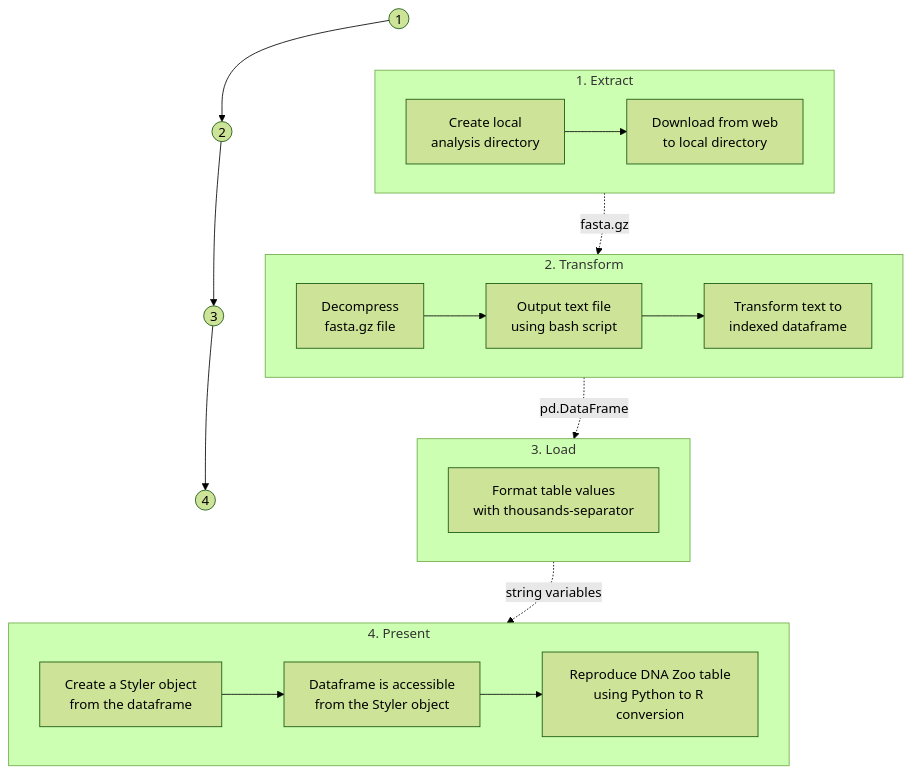
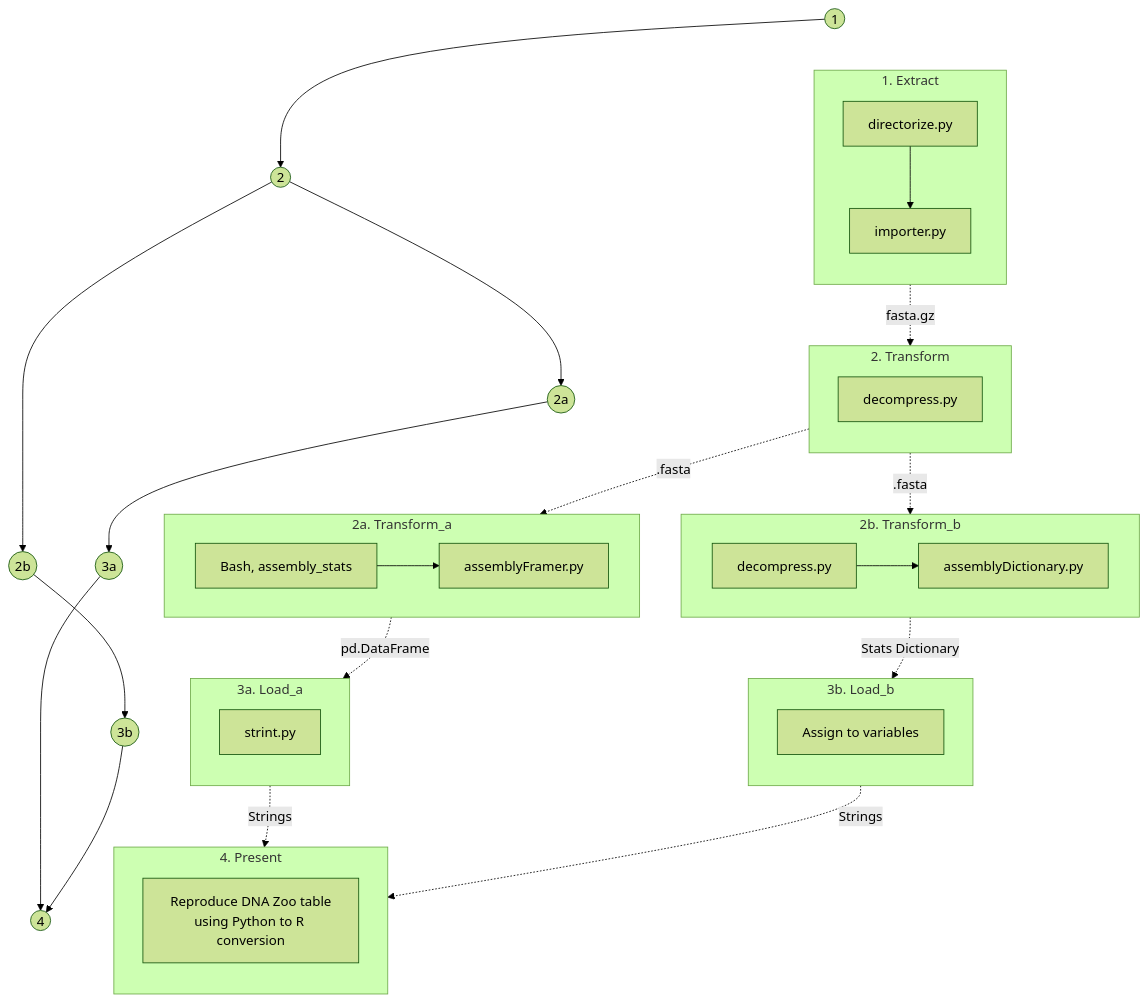
The diagram in index.qmd (ericMossotti/Cicada_Data), drawn with Mermaid (forest theme) before and after one commit. The commit also changed other lines of this file, not shown here.

Commit message:
Add favicon; fix and update mermaid diagram

````diff
--- a/index.qmd
+++ b/index.qmd
@@ -79,38 +92,60 @@
 ```{mermaid}
 %%| code-fold: true
 %%| code-summary: Create a Mermaid diagram from code.
 
 flowchart TB
     A((1)):::circle --> B((2)):::circle
-    B --> C((3)):::circle
-    C --> D((4)):::circle
+    B --> C((2a)):::circle
+    B --> D((2b)):::circle
+    C --> E((3a)):::circle
+    D --> F((3b)):::circle
+    E --> G((4)):::circle
+    F --> G
     
     subgraph Extract ["1. Extract"]
-        direction LR
-        A1["Create local\nanalysis directory"] --> A2["Download from web\nto local directory"]
+        direction TB
+        A1["directorize.py"] --> A2["importer.py"]
     end
     subgraph Transform ["2. Transform"]
+      direction TB
+      B1["decompress.py"]
+    end
+    subgraph Transform_a ["2a. Transform_a"]
         direction LR
-        B1["Decompress\nfasta.gz file"] --> B2["Output text file\nusing bash script"]
-        B2 --> B3["Transform text to\nindexed dataframe"]
+        C1["Bash, assembly_stats"]
+        C1 --> C2["assemblyFramer.py"]
     end
-    subgraph Load ["3. Load"]
+    subgraph Transform_b ["2b. Transform_b"]
         direction LR
-        C1["Format table values\nwith thousands-separator"]
+        D1["decompress.py"] --> D2["assemblyDictionary.py"]
+    end
+    subgraph Load_a ["3a. Load_a"]
+        direction TB
+        E1["strint.py"]
+    end
+    subgraph Load_b ["3b. Load_b"]
+        direction TB
+        F1["Assign to variables"]
     end
     subgraph Present ["4. Present"]
-        direction LR
-        D1["Create a Styler object\nfrom the dataframe"] --> D2["Dataframe is accessible\nfrom the Styler object"]
-        D2 --> D3["Reproduce DNA Zoo table\nusing Python to R conversion"]
+        direction TB
+        G1["Reproduce DNA Zoo table\nusing Python to R conversion"]
     end
 	
     A ~~~ Extract
-    B ~~~ Transform
-    C ~~~ Load
-    D ~~~ Present
+    B ~~~ Transform_a
+    C ~~~ Transform_b
+    D ~~~ Load_a
+    E ~~~ Load_b
+    F ~~~ Present
 	
     Extract -.->|fasta.gz| Transform
-    Transform -.->|pd.DataFrame| Load
-    Load -.->|string variables| Present
+    Transform -.->|.fasta| Transform_a
+    Transform -.->|.fasta| Transform_b
+    Transform_a -.->|pd.DataFrame| Load_a
+    Transform_b -.->|Stats Dictionary| Load_b
+    Load_a -.->|Strings| G1
+    Load_b -.->|Strings| G1
+    
 
 ```
````
